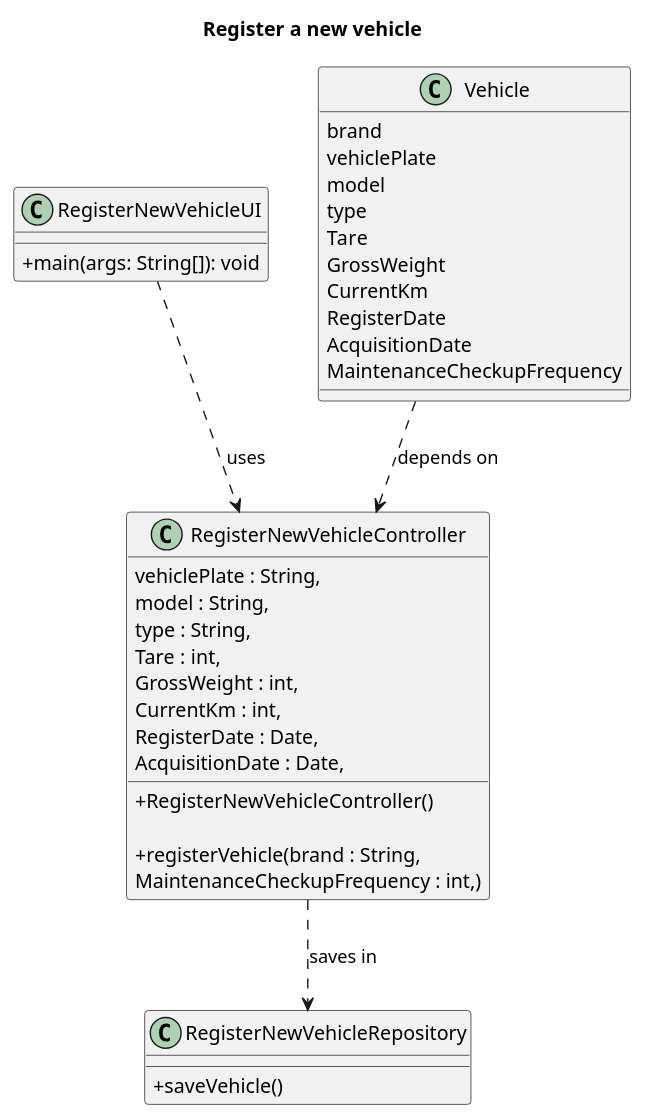
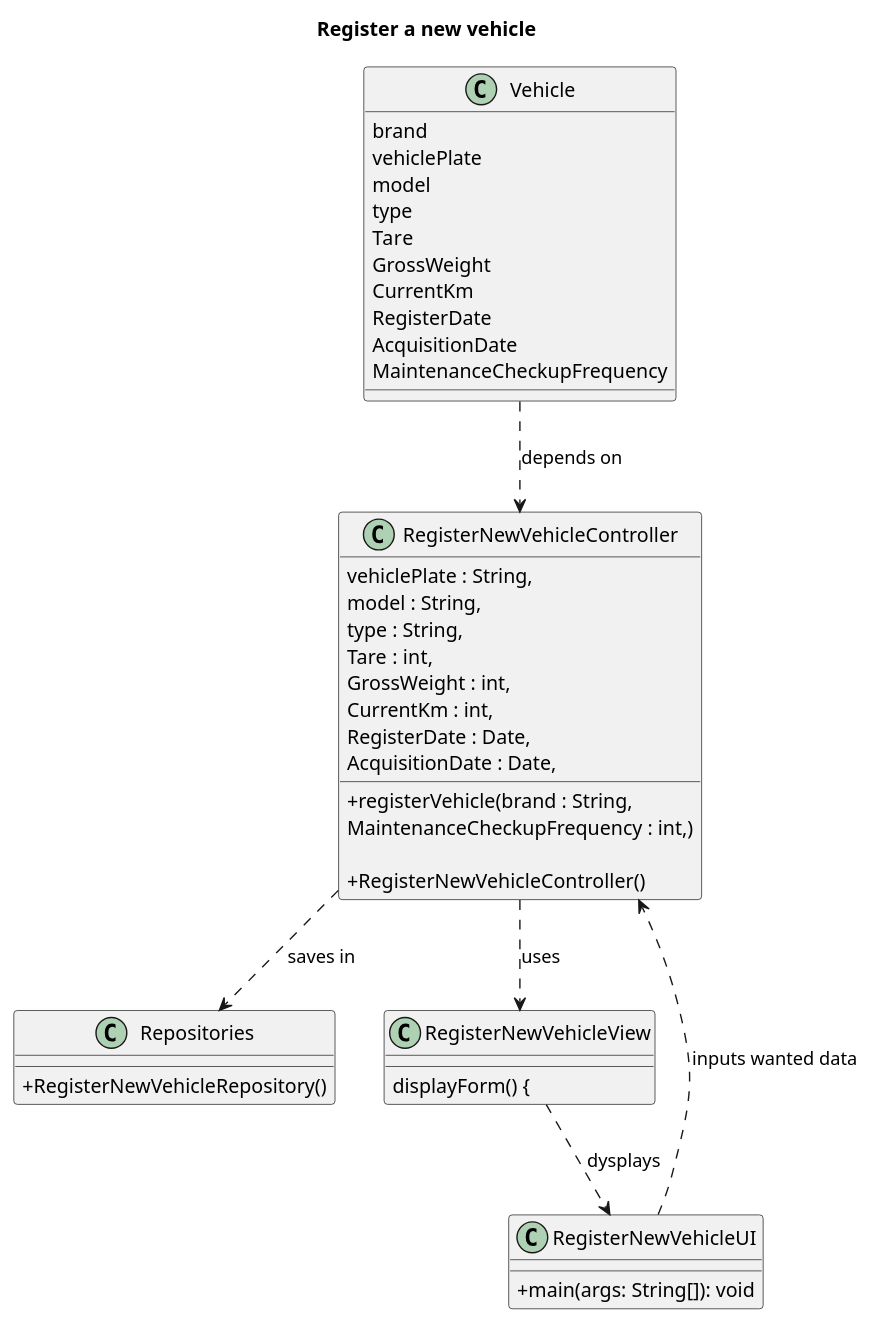
One commit to Departamento-de-Engenharia-Informatica/lei-24-s2-1dm-g132 changed the diagram in docs/sprintB/us006/03.design/puml/us006-class-diagram.puml. Above: the diagram before and after it, drawn with PlantUML. The commit also changed 1 other file, not shown here.

Commit message:
Changes in the us 002 and us 006 class diagram

```diff
--- a/docs/sprintB/us006/03.design/puml/us006-class-diagram.puml
+++ b/docs/sprintB/us006/03.design/puml/us006-class-diagram.puml
@@ -1,46 +1,51 @@
 @startuml
 title Register a new vehicle
 
 skinparam classAttributeIconSize 0
 
 
 class RegisterNewVehicleController {
-    + RegisterNewVehicleController()
-
     + registerVehicle(brand : String,
                            vehiclePlate : String,
                            model : String,
                            type : String,
                            Tare : int,
                            GrossWeight : int,
                            CurrentKm : int,
                            RegisterDate : Date,
                            AcquisitionDate : Date,
                            MaintenanceCheckupFrequency : int,)
+
+                           + RegisterNewVehicleController()
      }
 
 class RegisterNewVehicleUI {
     +main(args: String[]): void
 }
 
-class RegisterNewVehicleRepository{
-    + saveVehicle()
+class Repositories{
+    + RegisterNewVehicleRepository()
 }
+class RegisterNewVehicleView {
+    displayForm() {
+    }
 
 class Vehicle {
     brand
     vehiclePlate
     model
     type
     Tare
     GrossWeight
     CurrentKm
     RegisterDate
     AcquisitionDate
     MaintenanceCheckupFrequency
 }
 
-RegisterNewVehicleUI ..> RegisterNewVehicleController : «uses»
-RegisterNewVehicleController ..> RegisterNewVehicleRepository : «saves in»
+RegisterNewVehicleUI ..> RegisterNewVehicleController : inputs wanted data
+RegisterNewVehicleController ..> Repositories : «saves in»
 Vehicle ..> RegisterNewVehicleController : «depends on»
+RegisterNewVehicleController ..> RegisterNewVehicleView : «uses»
+RegisterNewVehicleView..> RegisterNewVehicleUI : dysplays
 @enduml
```
